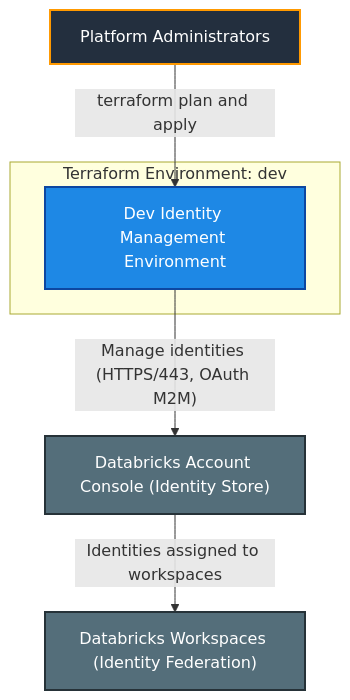
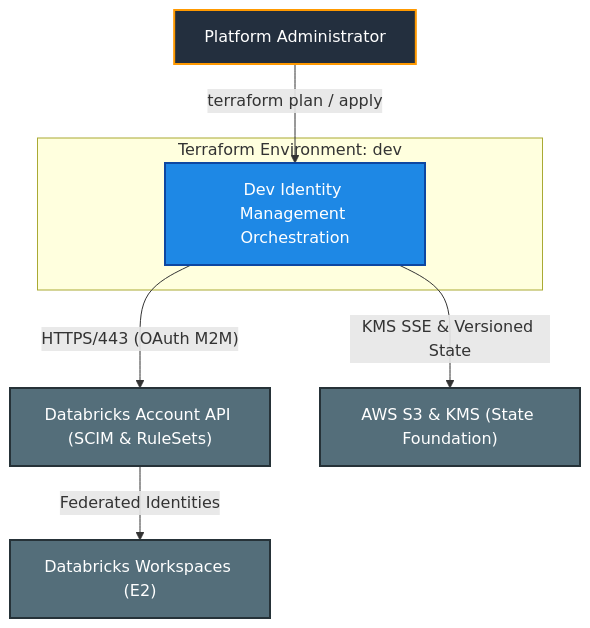
One commit to MikolajSedek/databricks_aws_deployment_02_identity_management changed the first of 3 diagrams in environments/dev/README.md. Above: the diagram before and after it, drawn with Mermaid. The commit also changed other lines of this file and 9 other files, not shown here.

````diff
--- a/environments/dev/README.md
+++ b/environments/dev/README.md
@@ -62,18 +86,20 @@
 ```mermaid
 flowchart TD
     classDef actor fill:#232F3E,stroke:#FF9900,stroke-width:2px,color:#FFFFFF;
     classDef system fill:#1E88E5,stroke:#0D47A1,stroke-width:2px,color:#FFFFFF;
     classDef external fill:#546E7A,stroke:#263238,stroke-width:2px,color:#FFFFFF;
 
-    Admin["Platform Administrators"]:::actor
-    Account["Databricks Account Console (Identity Store)"]:::external
-    Workspaces["Databricks Workspaces (Identity Federation)"]:::external
+    Admin["Platform Administrator"]:::actor
+    AccountAPI["Databricks Account API (SCIM & RuleSets)"]:::external
+    AWSStorage["AWS S3 & KMS (State Foundation)"]:::external
+    Workspaces["Databricks Workspaces (E2)"]:::external
 
-    subgraph TerraformRun ["Terraform Environment: dev"]
-        ThisModule["Dev Identity Management Environment"]:::system
+    subgraph DevEnvironment ["Terraform Environment: dev"]
+        Orchestration["Dev Identity Management Orchestration"]:::system
     end
 
-    Admin -->|"terraform plan and apply"| ThisModule
-    ThisModule -->|"Manage identities (HTTPS/443, OAuth M2M)"| Account
-    Account -->|"Identities assigned to workspaces"| Workspaces
+    Admin -->|"terraform plan / apply"| Orchestration
+    Orchestration -->|"KMS SSE & Versioned State"| AWSStorage
+    Orchestration -->|"HTTPS/443 (OAuth M2M)"| AccountAPI
+    AccountAPI -->|"Federated Identities"| Workspaces
 ```
````
